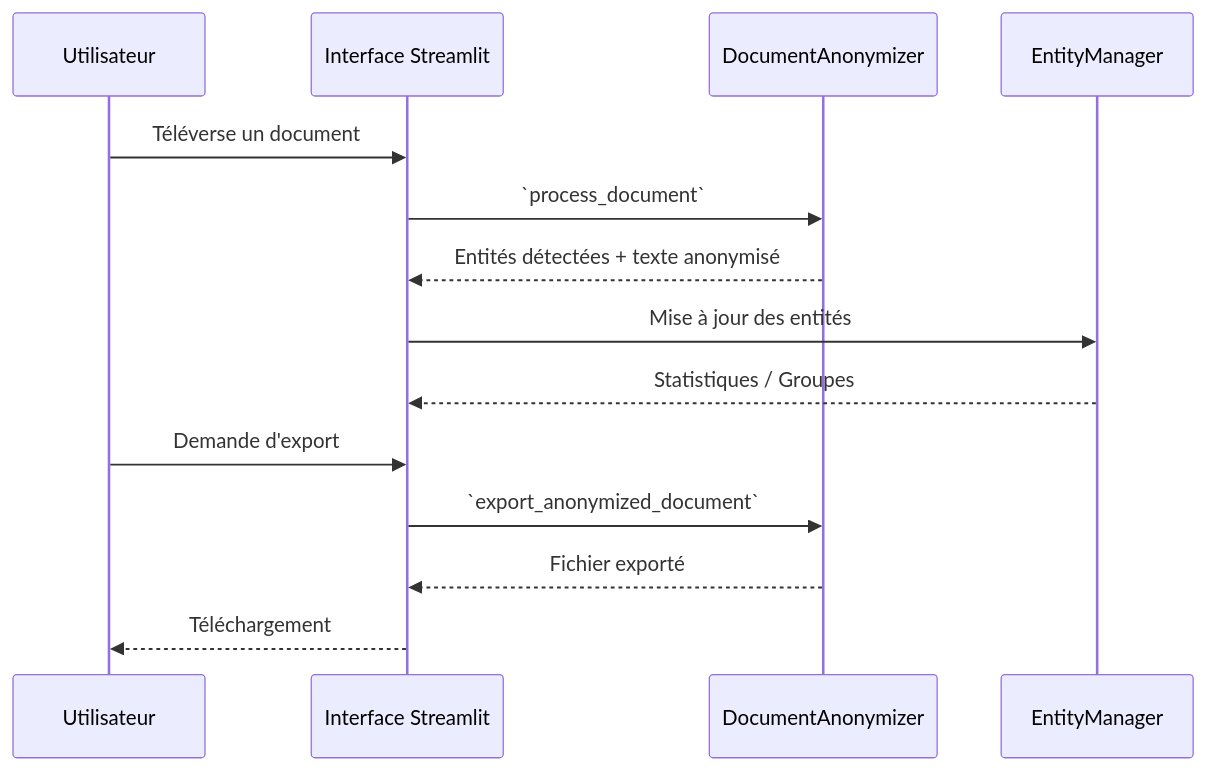
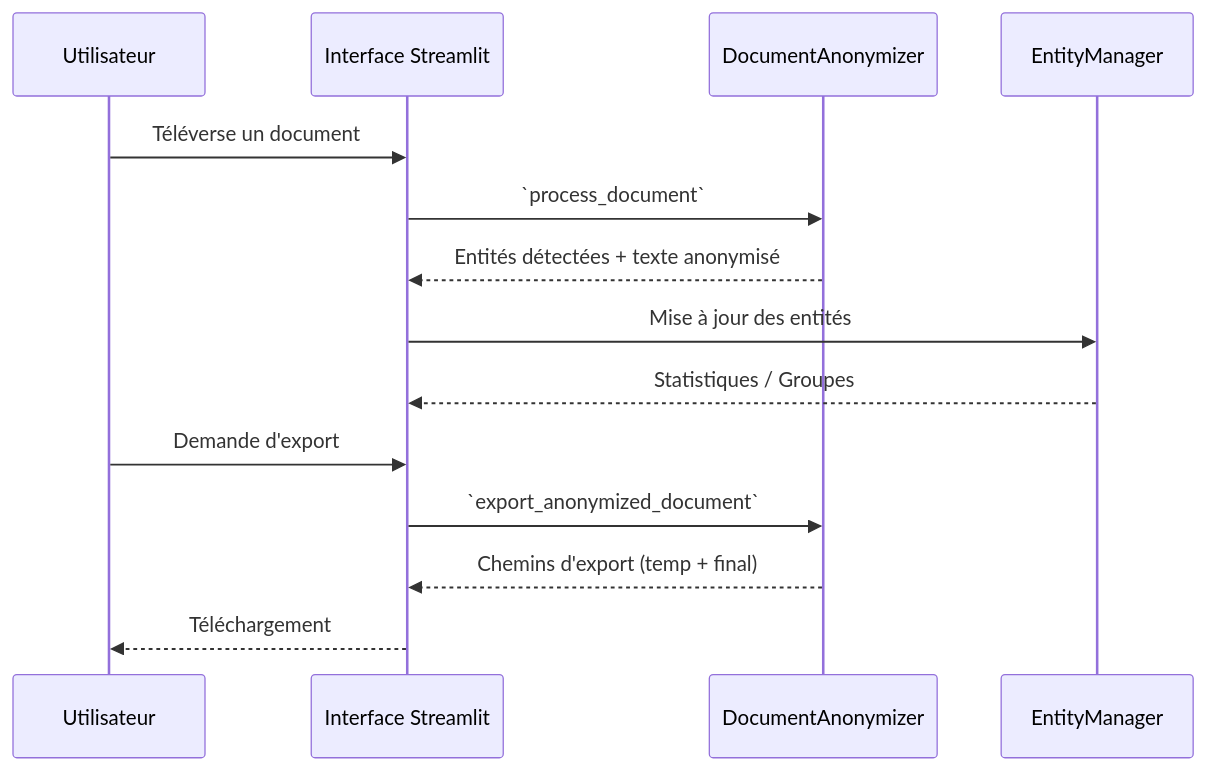
The first of 2 diagrams in docs/architecture.md (Aminorer/Test_anonymization_tools), drawn with Mermaid before and after one commit. The commit also changed 5 other files, not shown here.

````diff
--- a/docs/architecture.md
+++ b/docs/architecture.md
@@ -8,17 +8,17 @@
 ```mermaid
 sequenceDiagram
     participant U as Utilisateur
     participant S as Interface Streamlit
     participant A as DocumentAnonymizer
     participant E as EntityManager
 
     U->>S: Téléverse un document
     S->>A: `process_document`
     A-->>S: Entités détectées + texte anonymisé
     S->>E: Mise à jour des entités
     E-->>S: Statistiques / Groupes
     U->>S: Demande d'export
     S->>A: `export_anonymized_document`
-    A-->>S: Fichier exporté
+    A-->>S: Chemins d'export (temp + final)
     S-->>U: Téléchargement
 ```
````
